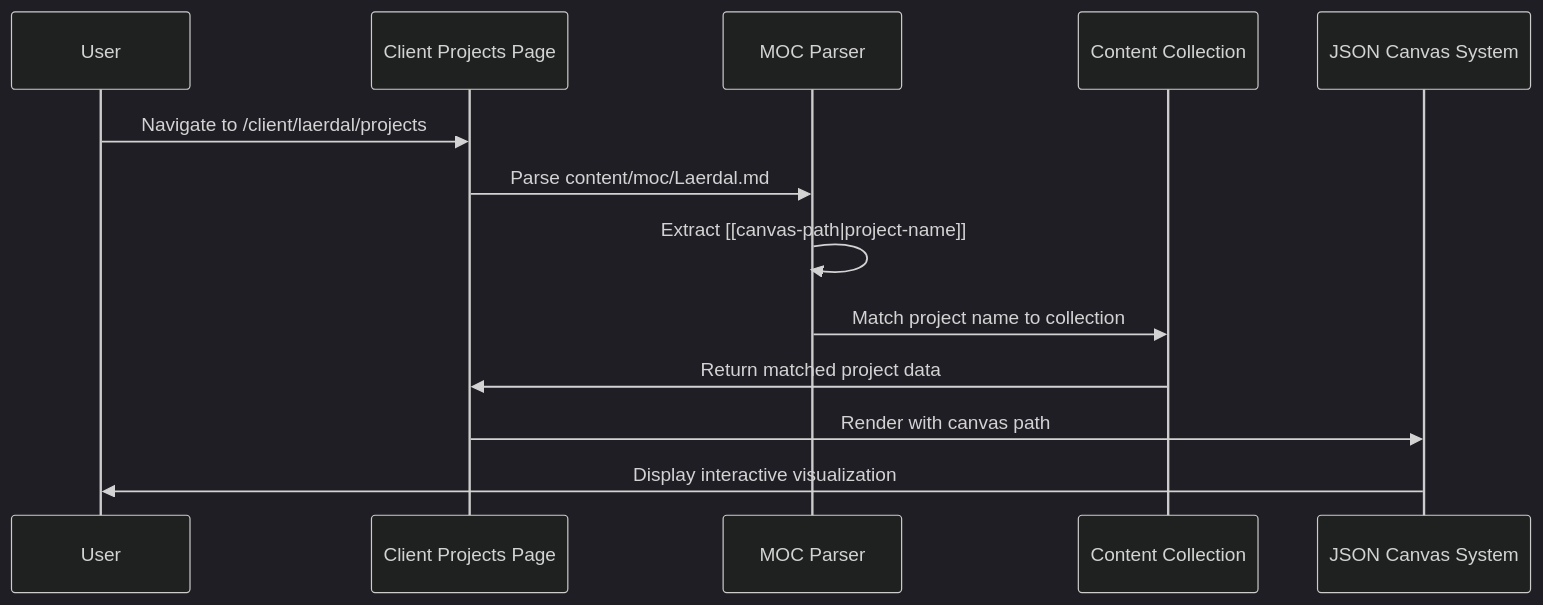
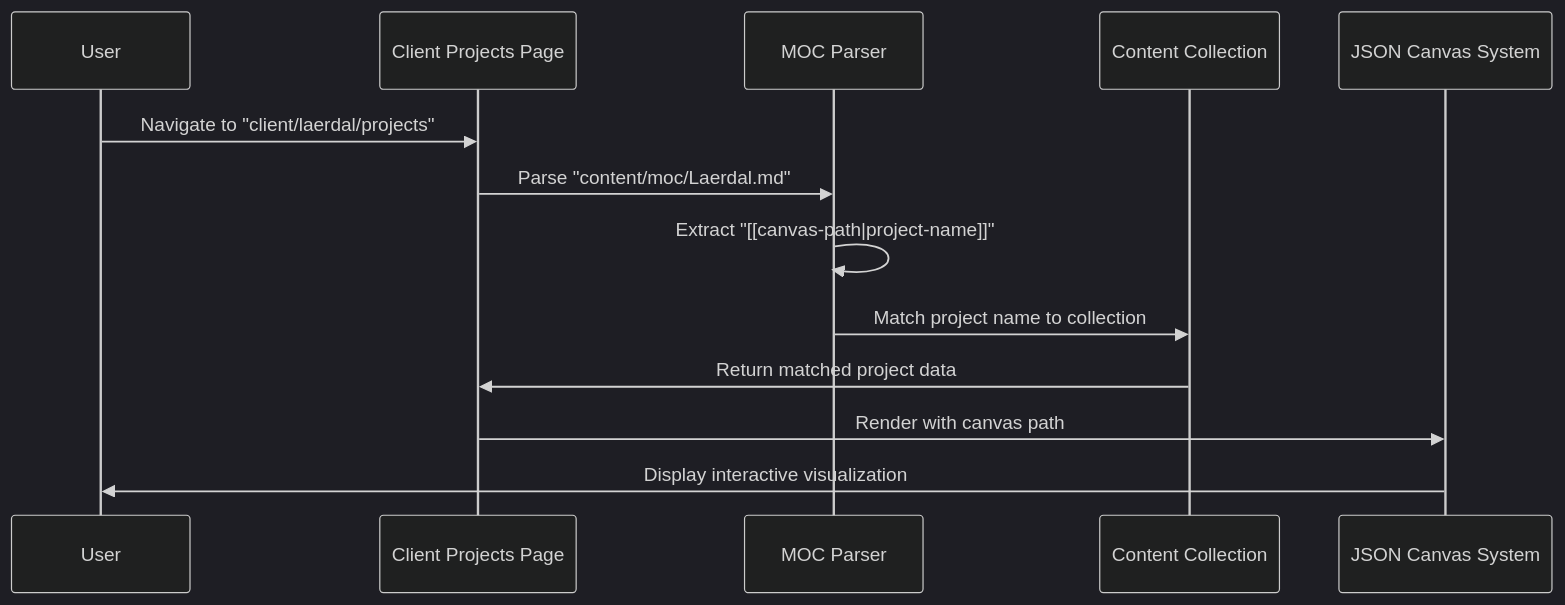
The second of 3 diagrams in changelog--code/2025-08-09_01.md (lossless-group/lossless-content), drawn with Mermaid (dark theme) before and after one commit. The commit also changed other lines of this file and 24 other files, not shown here.

````diff
--- a/changelog--code/2025-08-09_01.md
+++ b/changelog--code/2025-08-09_01.md
@@ -78,16 +78,16 @@
 ```mermaid
 sequenceDiagram
     participant User
     participant ClientPage as Client Projects Page
     participant MOC as MOC Parser
     participant Content as Content Collection
     participant Canvas as JSON Canvas System
     
-    User->>ClientPage: Navigate to /client/laerdal/projects
-    ClientPage->>MOC: Parse content/moc/Laerdal.md
-    MOC->>MOC: Extract [[canvas-path|project-name]]
+    User->>ClientPage: Navigate to "client/laerdal/projects"
+    ClientPage->>MOC: Parse "content/moc/Laerdal.md"
+    MOC->>MOC: Extract "[[canvas-path|project-name]]"
     MOC->>Content: Match project name to collection
     Content->>ClientPage: Return matched project data
     ClientPage->>Canvas: Render with canvas path
     Canvas->>User: Display interactive visualization
 ```
````
